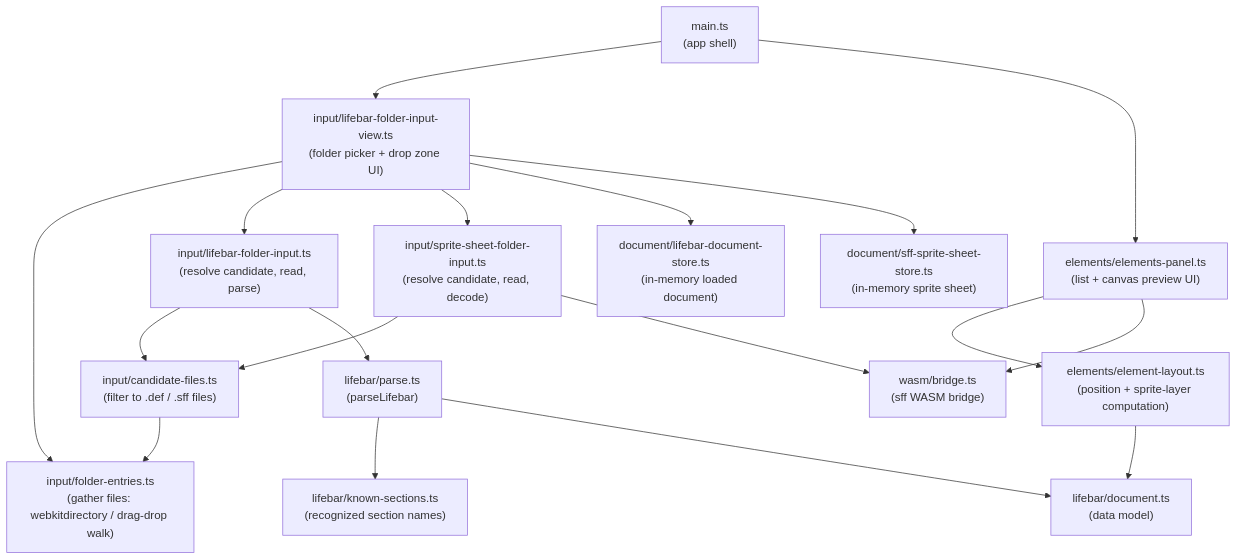
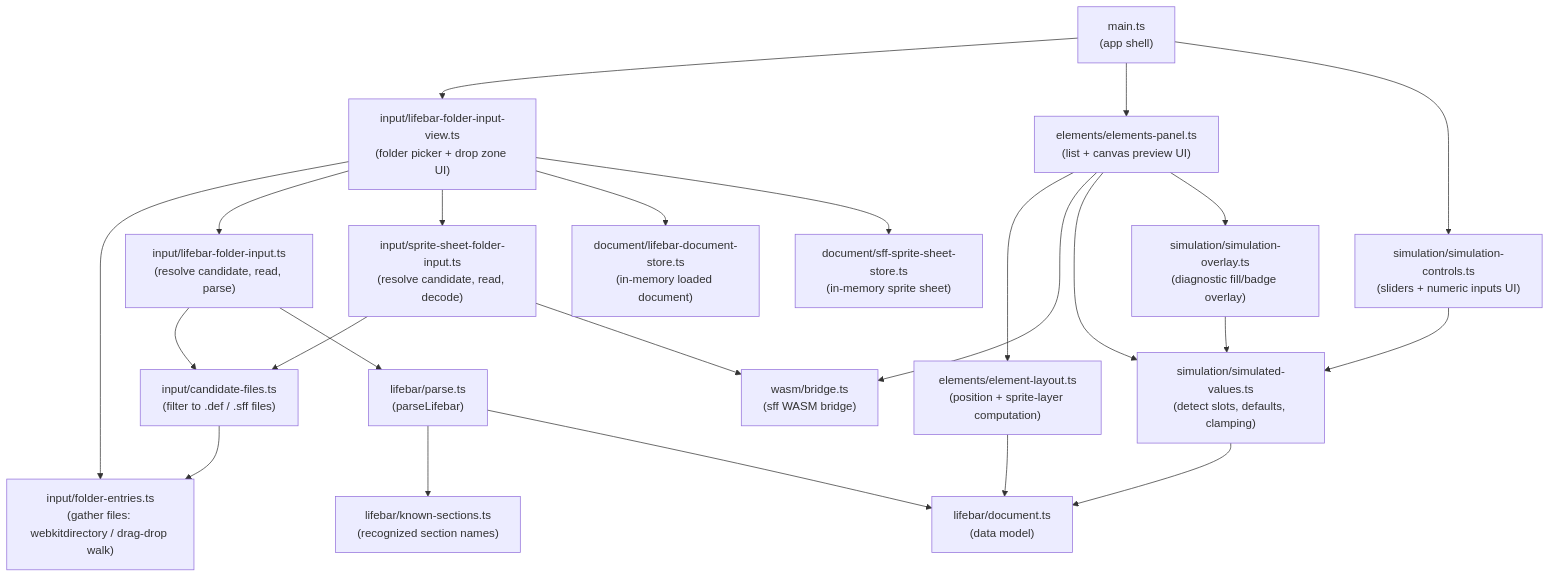
The first of 3 diagrams in docs/architecture.md (openkakutou/lifebar-viewer-web), drawn with Mermaid before and after one commit. The commit also changed other lines of this file and 21 other files, not shown here.

````diff
--- a/docs/architecture.md
+++ b/docs/architecture.md
@@ -7,35 +7,44 @@
 ```mermaid
 flowchart TD
     view["input/lifebar-folder-input-view.ts\n(folder picker + drop zone UI)"]
     entries["input/folder-entries.ts\n(gather files: webkitdirectory / drag-drop walk)"]
     candidates["input/candidate-files.ts\n(filter to .def / .sff files)"]
     orchestration["input/lifebar-folder-input.ts\n(resolve candidate, read, parse)"]
     sheetOrchestration["input/sprite-sheet-folder-input.ts\n(resolve candidate, read, decode)"]
     parse["lifebar/parse.ts\n(parseLifebar)"]
     known["lifebar/known-sections.ts\n(recognized section names)"]
     document["lifebar/document.ts\n(data model)"]
     store["document/lifebar-document-store.ts\n(in-memory loaded document)"]
     sheetStore["document/sff-sprite-sheet-store.ts\n(in-memory sprite sheet)"]
     wasm["wasm/bridge.ts\n(sff WASM bridge)"]
     layout["elements/element-layout.ts\n(position + sprite-layer computation)"]
     panel["elements/elements-panel.ts\n(list + canvas preview UI)"]
+    simValues["simulation/simulated-values.ts\n(detect slots, defaults, clamping)"]
+    simControls["simulation/simulation-controls.ts\n(sliders + numeric inputs UI)"]
+    simOverlay["simulation/simulation-overlay.ts\n(diagnostic fill/badge overlay)"]
     main["main.ts\n(app shell)"]
 
     main --> view
     main --> panel
+    main --> simControls
     view --> entries
     view --> orchestration
     view --> sheetOrchestration
     orchestration --> candidates
     sheetOrchestration --> candidates
     candidates --> entries
     orchestration --> parse
     parse --> known
     parse --> document
     sheetOrchestration --> wasm
     view --> store
     view --> sheetStore
     panel --> layout
     panel --> wasm
+    panel --> simValues
+    panel --> simOverlay
     layout --> document
+    simControls --> simValues
+    simOverlay --> simValues
+    simValues --> document
 ```
````
